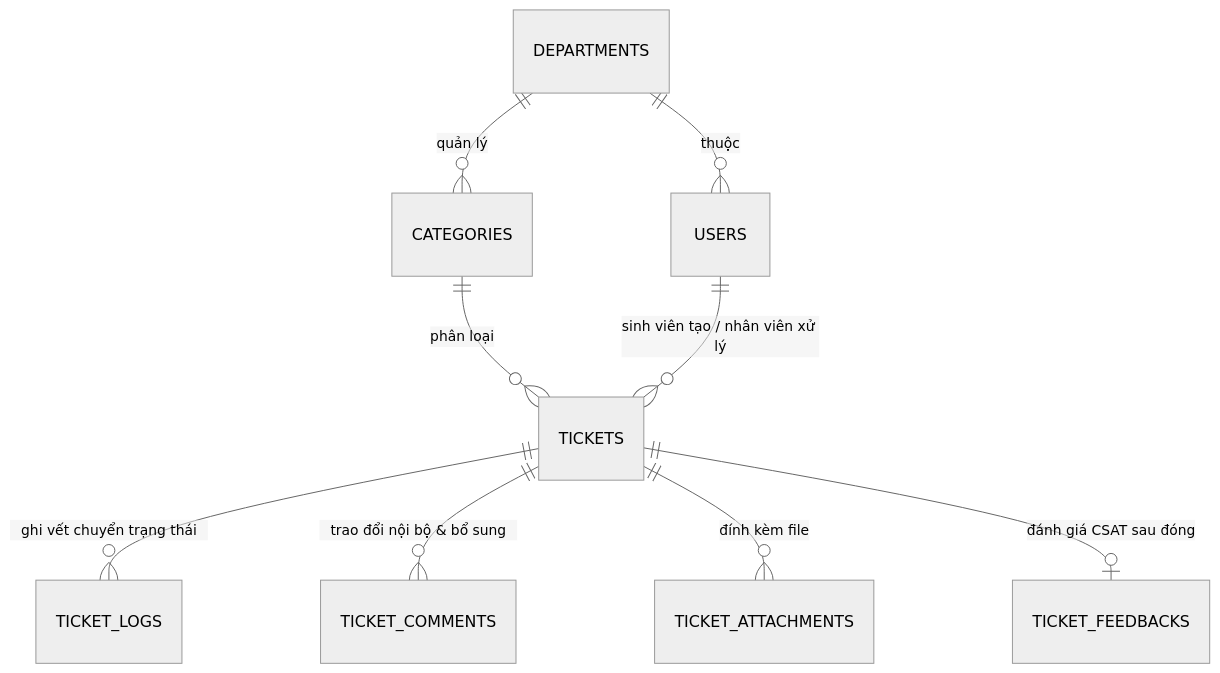
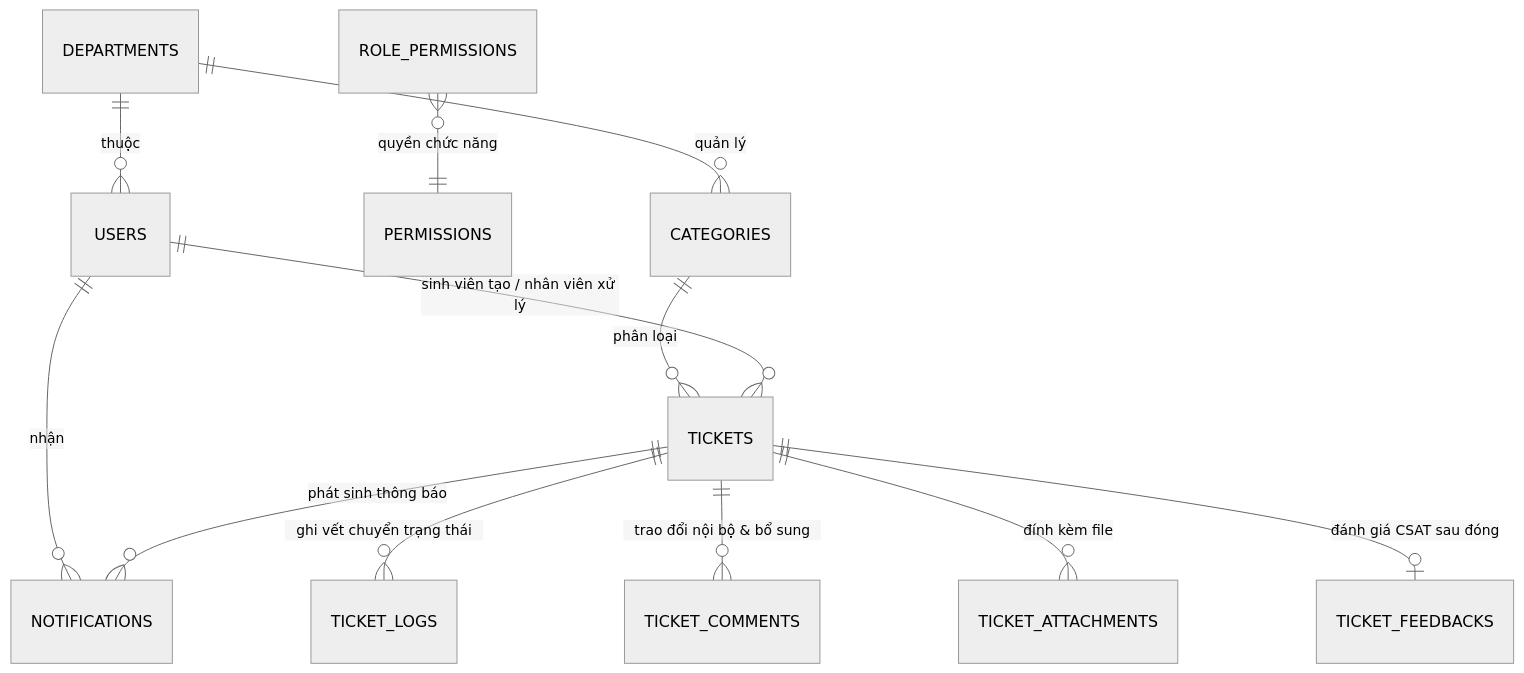
The diagram in docs/technical/co-so-du-lieu-erd.md (IvyPear/UniSupport), drawn with Mermaid (neutral theme) before and after one commit. The commit also changed other lines of this file and 38 other files, not shown here.

````diff
--- a/docs/technical/co-so-du-lieu-erd.md
+++ b/docs/technical/co-so-du-lieu-erd.md
@@ -11,11 +11,14 @@
 ```mermaid
 erDiagram
     DEPARTMENTS ||--o{ USERS : "thuộc"
+    USERS ||--o{ NOTIFICATIONS : "nhận"
+    ROLE_PERMISSIONS }o--|| PERMISSIONS : "quyền chức năng"
     DEPARTMENTS ||--o{ CATEGORIES : "quản lý"
     CATEGORIES ||--o{ TICKETS : "phân loại"
     USERS ||--o{ TICKETS : "sinh viên tạo / nhân viên xử lý"
     TICKETS ||--o{ TICKET_LOGS : "ghi vết chuyển trạng thái"
     TICKETS ||--o{ TICKET_COMMENTS : "trao đổi nội bộ & bổ sung"
     TICKETS ||--o{ TICKET_ATTACHMENTS : "đính kèm file"
     TICKETS ||--o| TICKET_FEEDBACKS : "đánh giá CSAT sau đóng"
+    TICKETS ||--o{ NOTIFICATIONS : "phát sinh thông báo"
 ```
````
